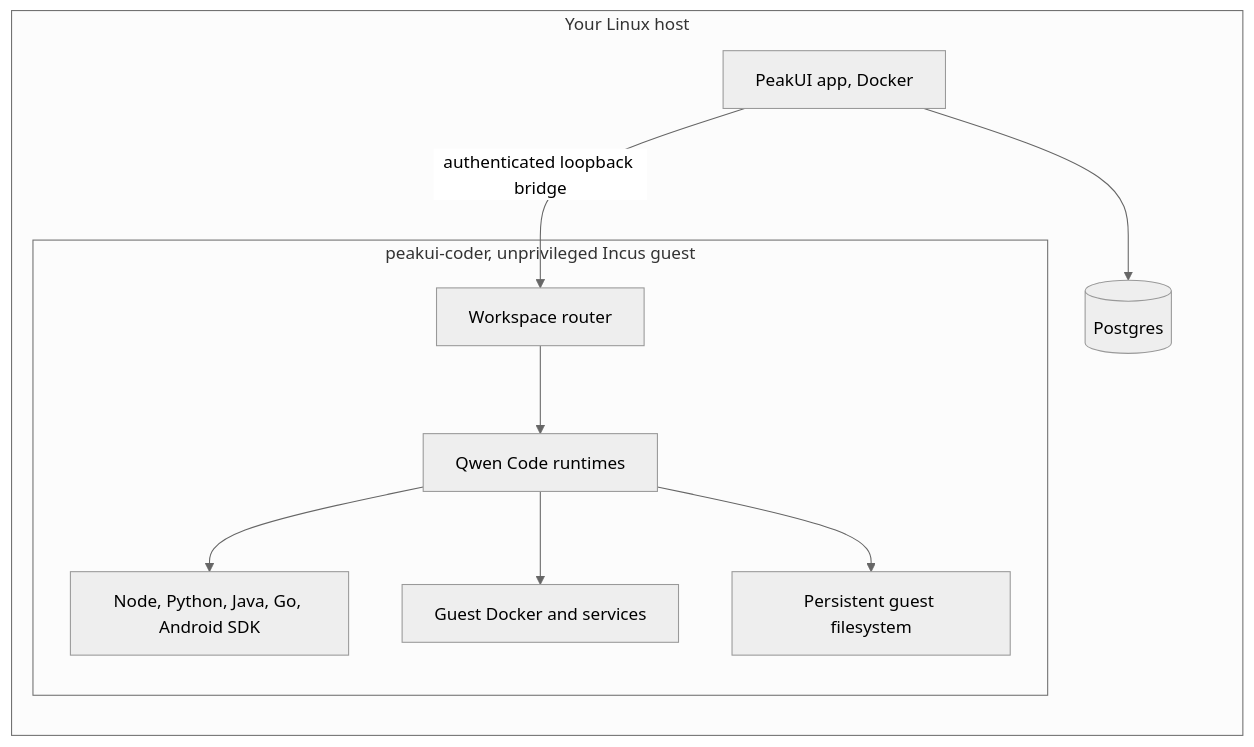
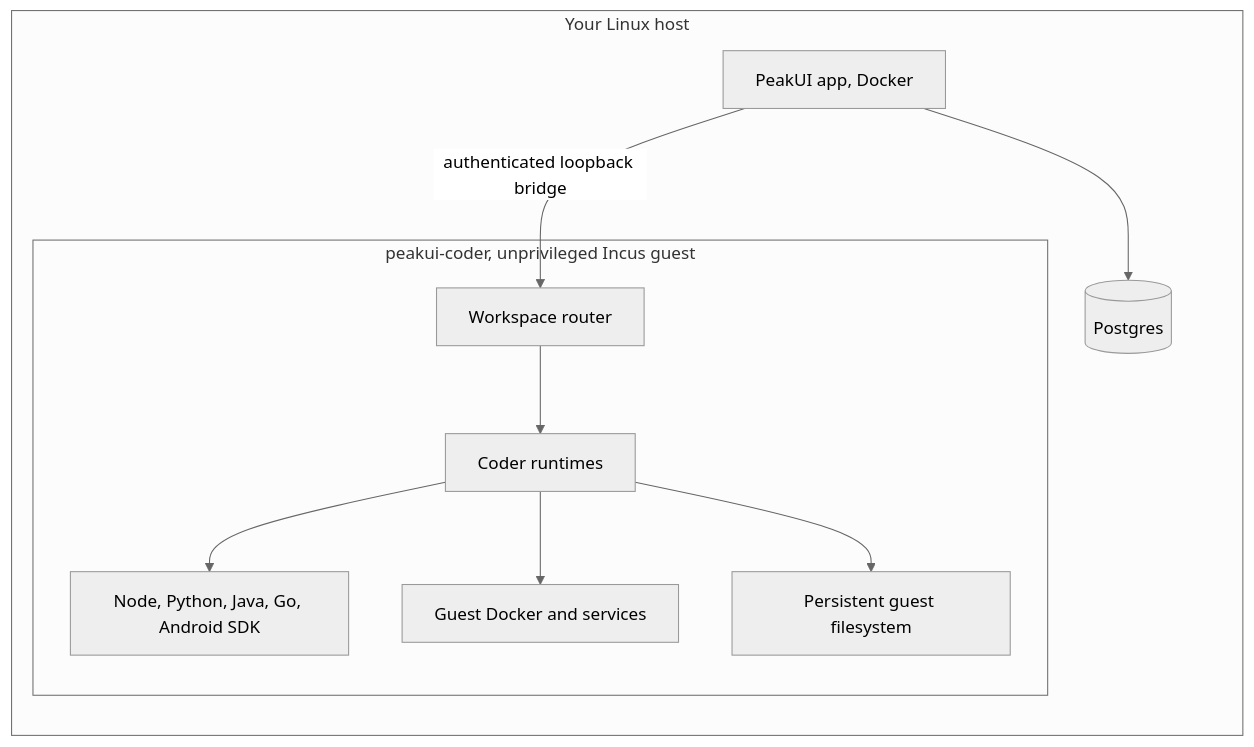
Before and after one commit to rajatalha150/PeakUI: the third of 7 diagrams in README.md, drawn with Mermaid (neutral theme). The commit also changed other lines of this file and 39 other files, not shown here.

First line of the commit message:
refactor(coder): rename Qwen branding to Coder throughout the coding surface

````diff
--- a/README.md
+++ b/README.md
@@ -78,20 +78,20 @@
 ```mermaid
 flowchart LR
   subgraph Host[Your Linux host]
     App[PeakUI app, Docker]
     DB[(Postgres)]
     subgraph Guest[peakui-coder, unprivileged Incus guest]
       Router[Workspace router]
-      Qwen[Qwen Code runtimes]
+      Coder[Coder runtimes]
       Toolchain[Node, Python, Java, Go, Android SDK]
       Docker[Guest Docker and services]
       Files[Persistent guest filesystem]
-      Router --> Qwen
-      Qwen --> Toolchain
-      Qwen --> Docker
-      Qwen --> Files
+      Router --> Coder
+      Coder --> Toolchain
+      Coder --> Docker
+      Coder --> Files
     end
     App -->|authenticated loopback bridge| Router
     App --> DB
   end
 ```
````
